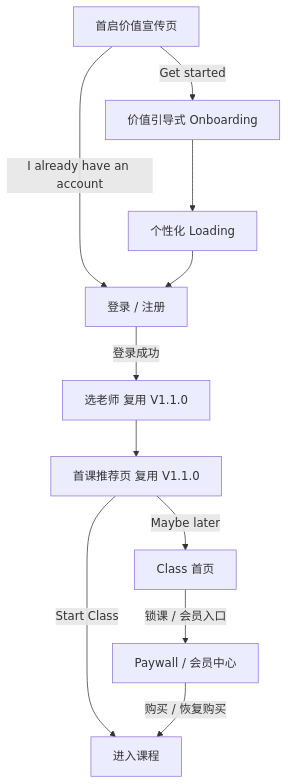
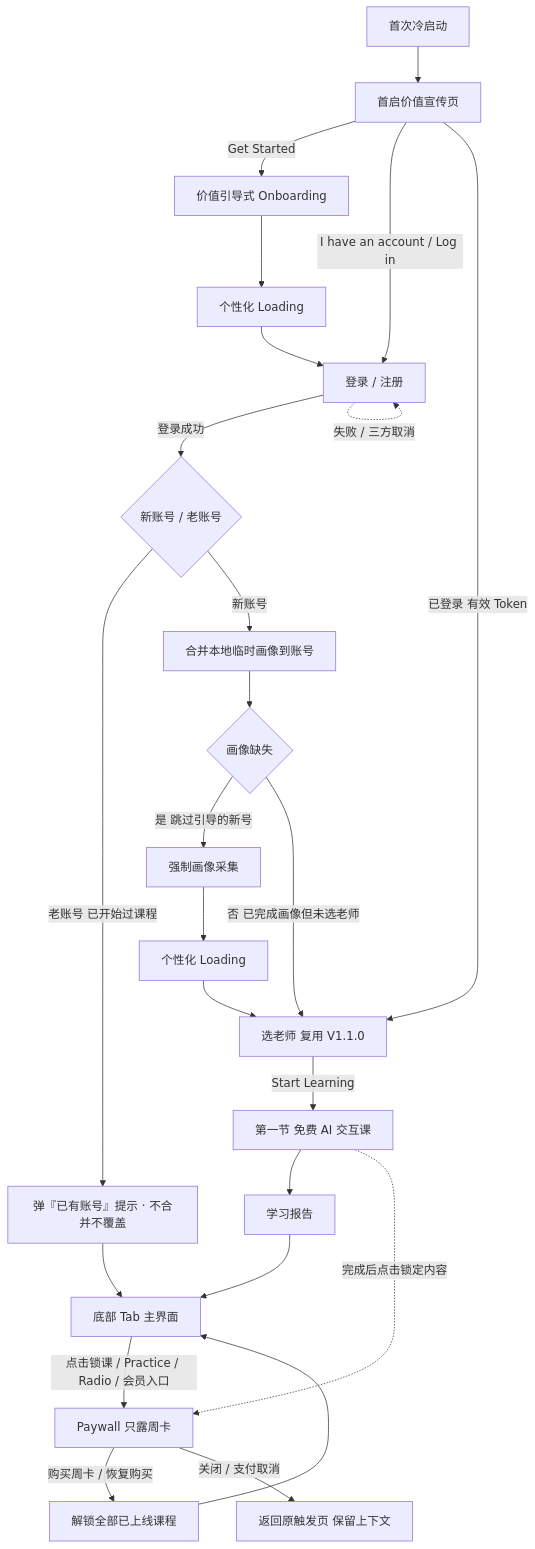
Before and after one commit to cyanlee888/cyan: the diagram in V1.2.0-产品需求文档-PRD.md, drawn with Mermaid. The commit also changed other lines of this file and 1 other file, not shown here.

First line of the commit message:
V1.2.0: free = first per level/category; Practice completed state

````diff
--- a/V1.2.0-产品需求文档-PRD.md
+++ b/V1.2.0-产品需求文档-PRD.md
@@ -62,13 +78,24 @@
 ```mermaid
 flowchart TB
-  A[首启价值宣传页] -->|Get started| B[价值引导式 Onboarding]
-  A -->|I already have an account| C[登录 / 注册]
-  B --> D[个性化 Loading]
-  D --> C
-  C -->|登录成功| E[选老师 复用 V1.1.0]
-  E --> F[首课推荐页 复用 V1.1.0]
-  F -->|Start Class| G[进入课程]
-  F -->|Maybe later| H[Class 首页]
-  H -->|锁课 / 会员入口| I[Paywall / 会员中心]
-  I -->|购买 / 恢复购买| G
+  Start[首次冷启动] --> Splash[首启价值宣传页]
+  Splash -->|Get Started| OB[价值引导式 Onboarding]
+  Splash -->|I have an account / Log in| Login[登录 / 注册]
+  Splash -->|已登录 有效 Token| Teacher[选老师 复用 V1.1.0]
+  OB --> Loading[个性化 Loading]
+  Loading --> Login
+  Login -->|登录成功| AccCheck{新账号 / 老账号}
+  Login -.失败 / 三方取消.-> Login
+  AccCheck -->|老账号 已开始过课程| Welcome[弹『已有账号』提示 · 不合并不覆盖] --> Home[Class 首页]
+  AccCheck -->|新账号| Merge[合并本地临时画像到账号]
+  Merge --> NewCheck{画像缺失}
+  NewCheck -->|是 跳过引导的新号| Collect[强制画像采集] --> PostCollectLoading[个性化 Loading] --> Teacher
+  NewCheck -->|否 已完成画像但未选老师| Teacher
+  Teacher -->|Start Learning| Lesson[第一节 免费 AI 交互课]
+  Lesson --> Report[学习报告]
+  Report --> Home[底部 Tab 主界面]
+  Home -->|点击锁课 / Practice / Radio / 会员入口| Paywall[Paywall 只露周卡]
+  Lesson -.完成后点击锁定内容.-> Paywall
+  Paywall -->|购买周卡 / 恢复购买| Unlock[解锁全部已上线课程]
+  Paywall -->|关闭 / 支付取消| Back[返回原触发页 保留上下文]
+  Unlock --> Home
 ```
````
